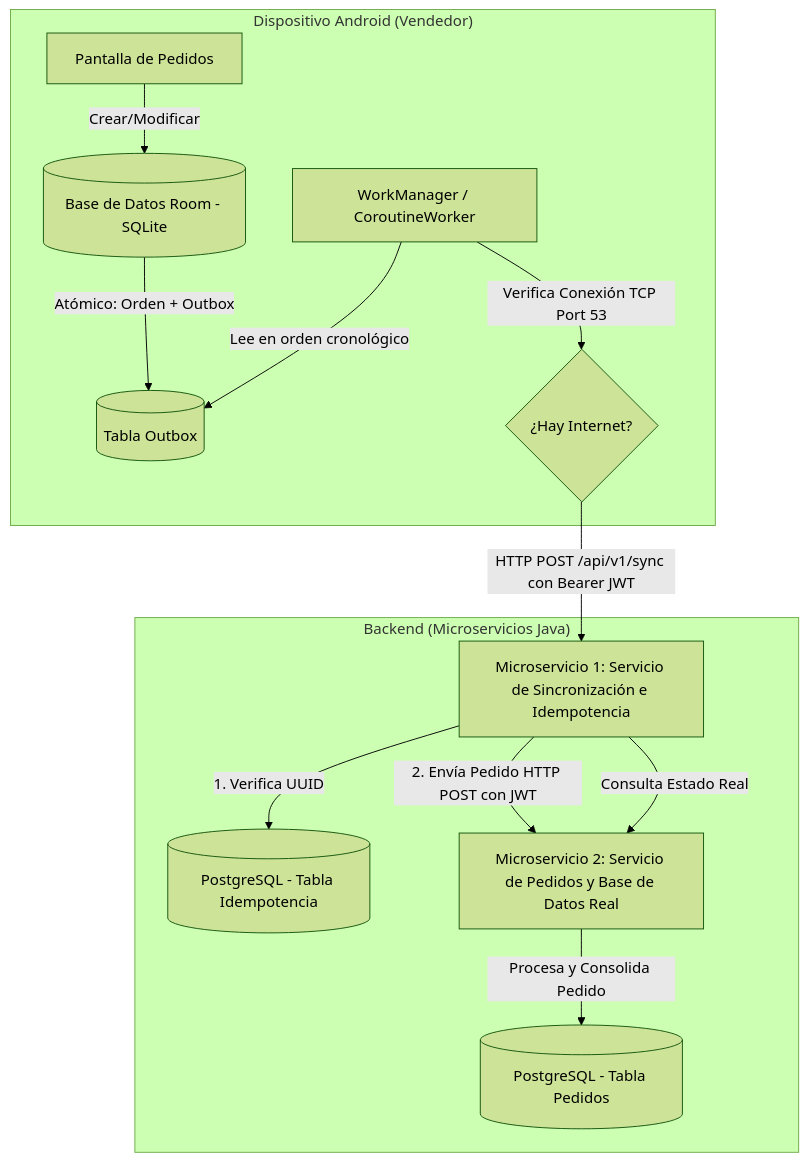
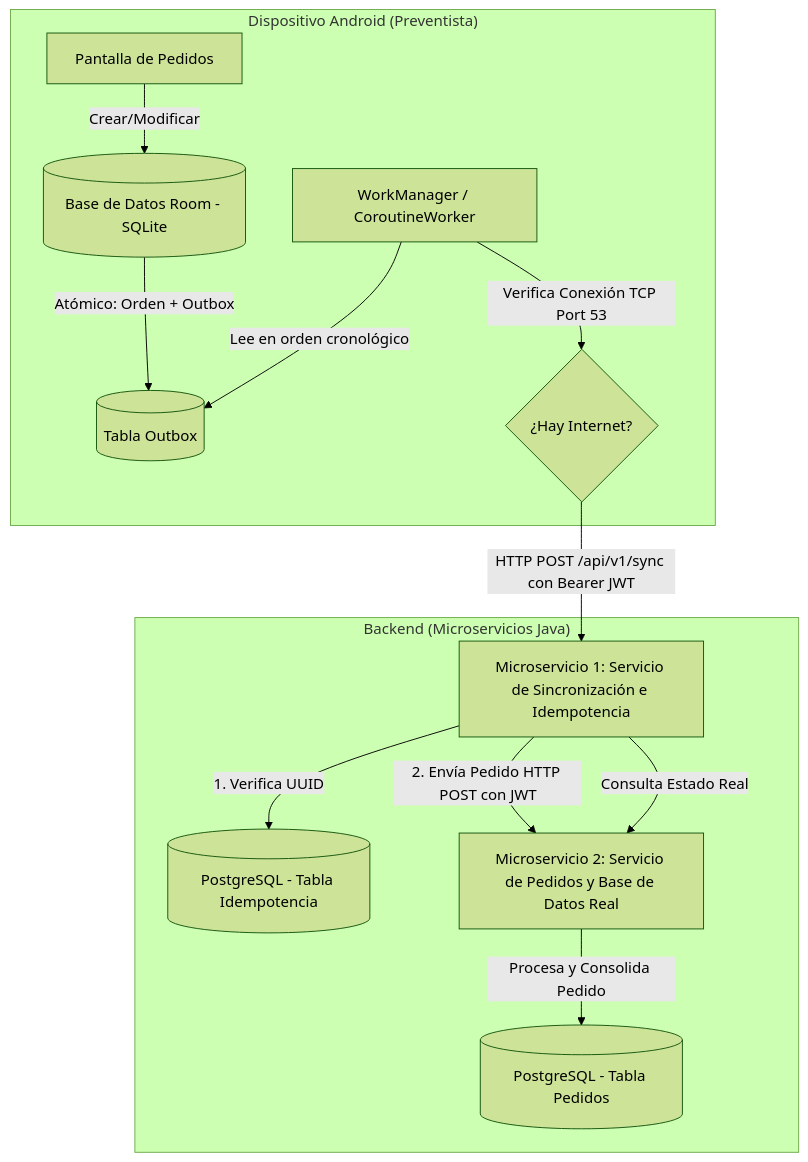
The diagram in PRD.md (hieloDistribution/ms-hielo), drawn with Mermaid (forest theme) before and after one commit. The commit also changed other lines of this file and 4 other files, not shown here.

````diff
--- a/PRD.md
+++ b/PRD.md
@@ -11,17 +11,17 @@
 ```mermaid
 graph TD
-    subgraph Sub_Device ["Dispositivo Android (Vendedor)"]
+    subgraph Sub_Device ["Dispositivo Android (Preventista)"]
         UI[Pantalla de Pedidos] -->|Crear/Modificar| Room[(Base de Datos Room - SQLite)]
         Room -->|Atómico: Orden + Outbox| Outbox[(Tabla Outbox)]
         WorkManager[WorkManager / CoroutineWorker] -->|Lee en orden cronológico| Outbox
         WorkManager -->|Verifica Conexión TCP Port 53| Internet{¿Hay Internet?}
     end
 
     subgraph Sub_Backend ["Backend (Microservicios Java)"]
         Internet -->|HTTP POST /api/v1/sync con Bearer JWT| MS1[Microservicio 1: Servicio de Sincronización e Idempotencia]
         MS1 -->|1. Verifica UUID| DBIdemp[(PostgreSQL - Tabla Idempotencia)]
         MS1 -->|2. Envía Pedido HTTP POST con JWT| MS2[Microservicio 2: Servicio de Pedidos y Base de Datos Real]
         MS2 -->|Procesa y Consolida Pedido| DBPedidos[(PostgreSQL - Tabla Pedidos)]
         MS1 -->|Consulta Estado Real| MS2
     end
 ```
````
